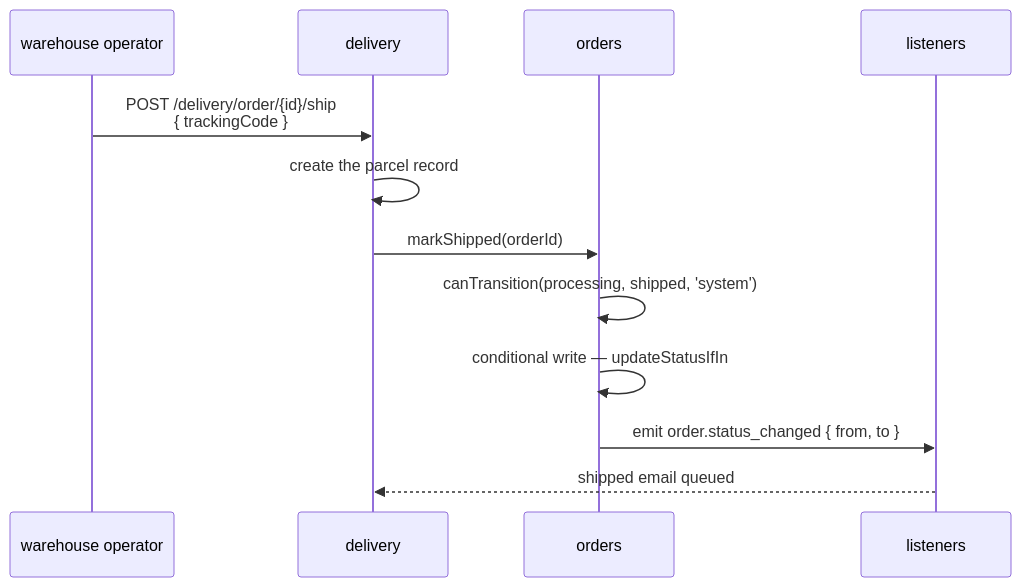
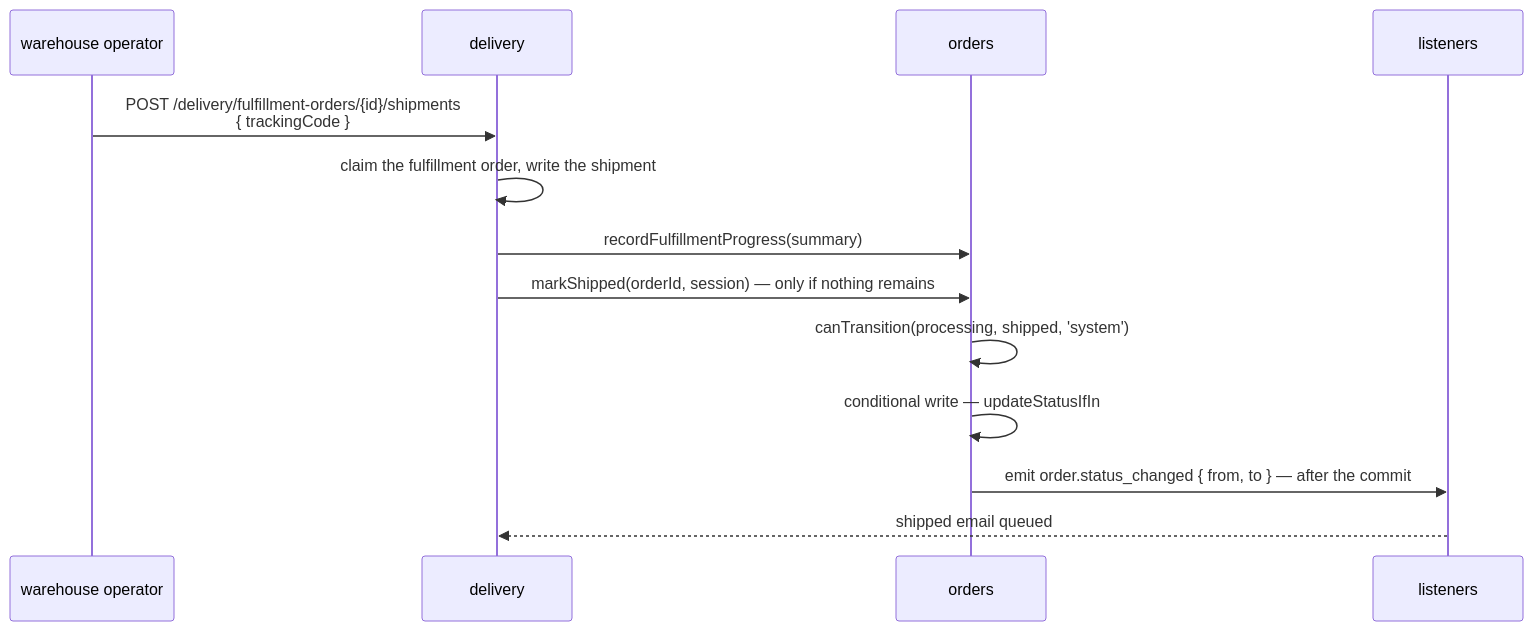
The third of 11 diagrams in docs/theory/tactical-ddd.md (Guebbit/boilerplate-node-backend), drawn with Mermaid before and after one commit. The commit also changed other lines of this file and 20 other files, not shown here.

First line of the commit message:
docs: describe fulfillment orders, shipments, remainder cancels and the summary

````diff
--- a/docs/theory/tactical-ddd.md
+++ b/docs/theory/tactical-ddd.md
@@ -106,15 +114,16 @@
 ```mermaid
 sequenceDiagram
     participant W as warehouse operator
     participant D as delivery
     participant O as orders
     participant L as listeners
 
-    W->>D: POST /delivery/order/{id}/ship<br/>{ trackingCode }
-    D->>D: create the parcel record
-    D->>O: markShipped(orderId)
+    W->>D: POST /delivery/fulfillment-orders/{id}/shipments<br/>{ trackingCode }
+    D->>D: claim the fulfillment order, write the shipment
+    D->>O: recordFulfillmentProgress(summary)
+    D->>O: markShipped(orderId, session) — only if nothing remains
     O->>O: canTransition(processing, shipped, 'system')
     O->>O: conditional write — updateStatusIfIn
-    O->>L: emit order.status_changed { from, to }
+    O->>L: emit order.status_changed { from, to } — after the commit
     L-->>D: shipped email queued
 ```
````
